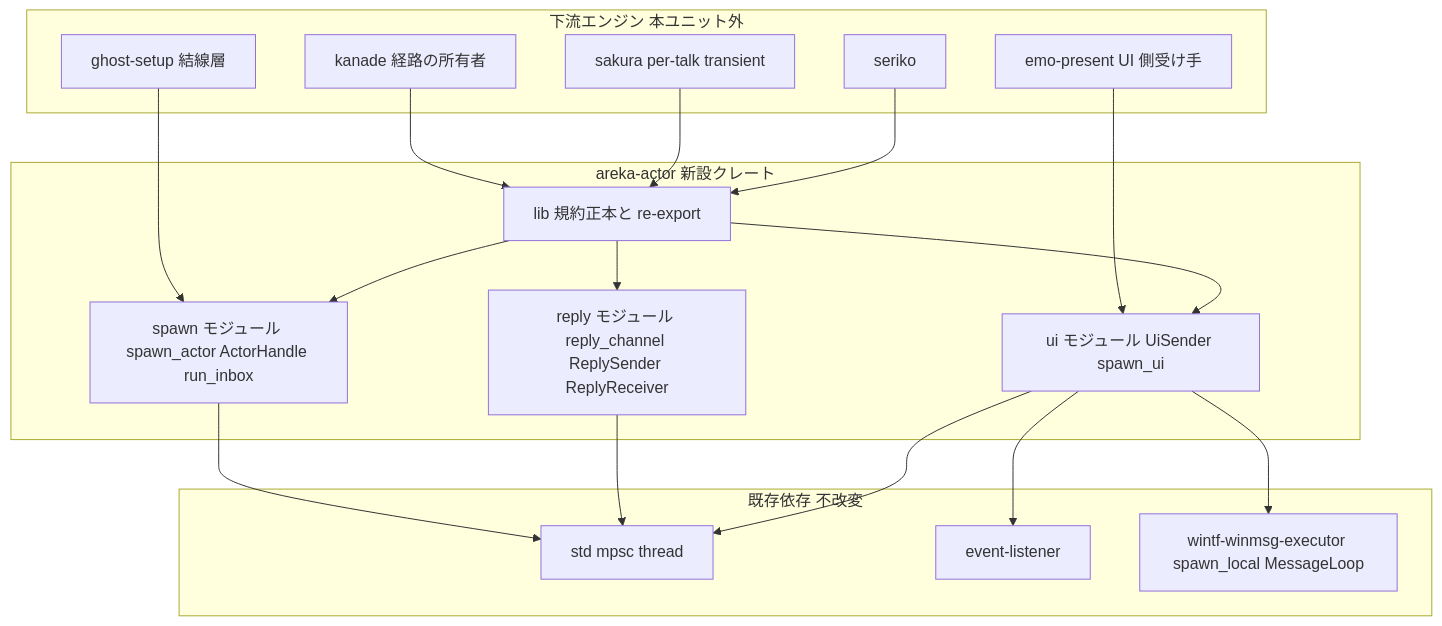
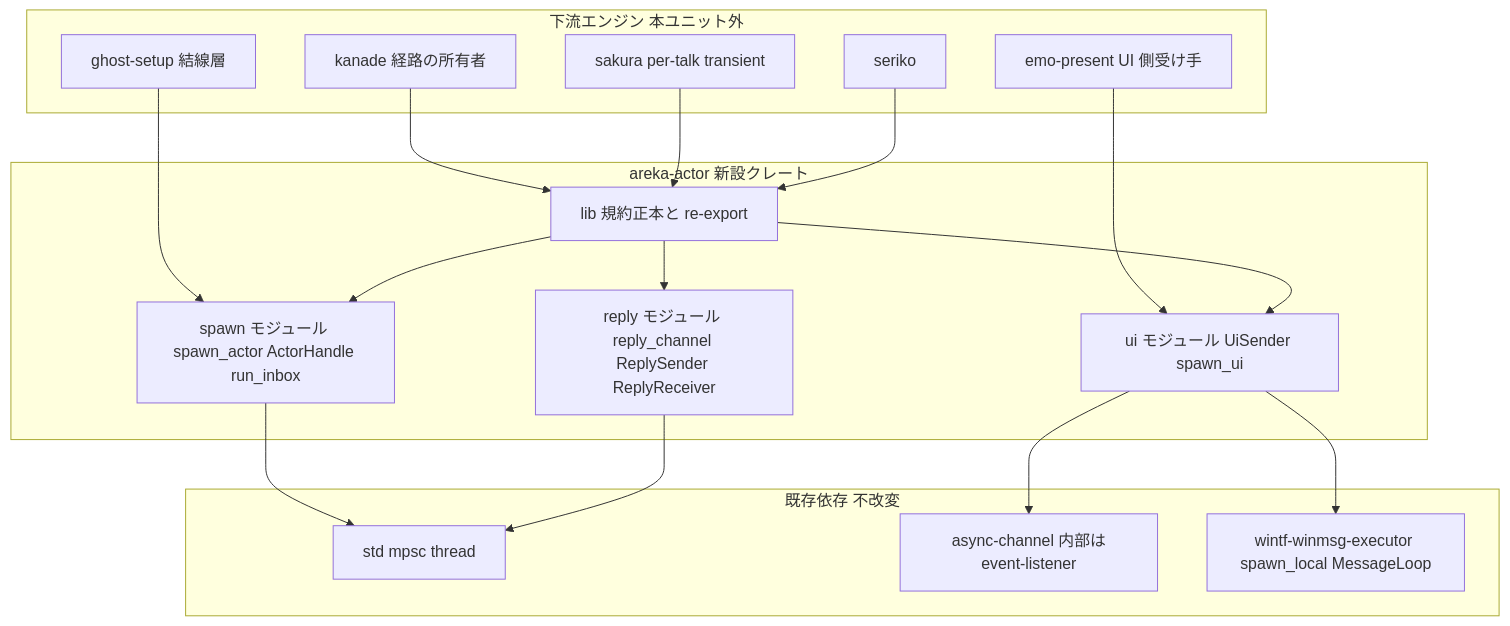
One commit to ekicyou/areka changed the first of 3 diagrams in .kiro/specs/areka-P0-actor-foundation/design.md. Above: the diagram before and after it, drawn with Mermaid. The commit also changed other lines of this file and 1 other file, not shown here.

Commit message:
docs(areka-P0-actor-foundation): resolve design discussion #1 - UI ブリッジのチャンネルを async-channel 化 (DD-9)

````diff
--- a/.kiro/specs/areka-P0-actor-foundation/design.md
+++ b/.kiro/specs/areka-P0-actor-foundation/design.md
@@ -67,34 +67,33 @@
 ```mermaid
 graph TB
     subgraph Consumers[下流エンジン 本ユニット外]
         Kanade[kanade 経路の所有者]
         Sakura[sakura per-talk transient]
         Seriko[seriko]
         GhostSetup[ghost-setup 結線層]
         EmoPresent[emo-present UI 側受け手]
     end
     subgraph ArekaActor[areka-actor 新設クレート]
         Lib[lib 規約正本と re-export]
         Spawn[spawn モジュール spawn_actor ActorHandle run_inbox]
         Reply[reply モジュール reply_channel ReplySender ReplyReceiver]
         Ui[ui モジュール UiSender spawn_ui]
     end
     subgraph Deps[既存依存 不改変]
         Std[std mpsc thread]
-        EvListener[event-listener]
+        AsyncCh[async-channel 内部はevent-listener]
         Executor[wintf-winmsg-executor spawn_local MessageLoop]
     end
     Kanade --> Lib
     Sakura --> Lib
     Seriko --> Lib
     GhostSetup --> Spawn
     EmoPresent --> Ui
     Lib --> Spawn
     Lib --> Reply
     Lib --> Ui
     Spawn --> Std
     Reply --> Std
-    Ui --> Std
-    Ui --> EvListener
+    Ui --> AsyncCh
     Ui --> Executor
 ```
````
